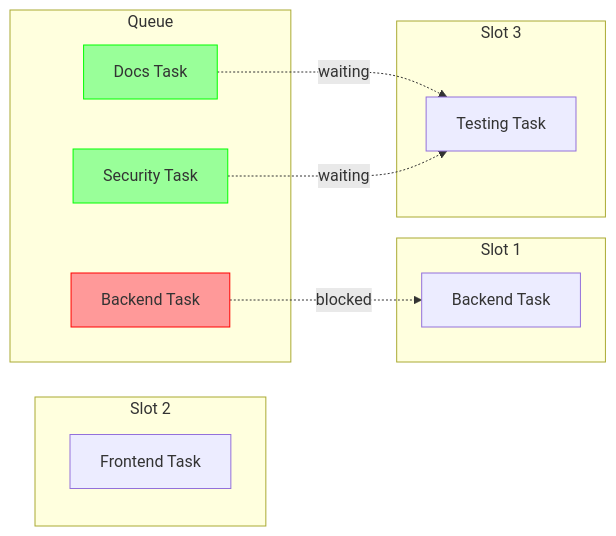
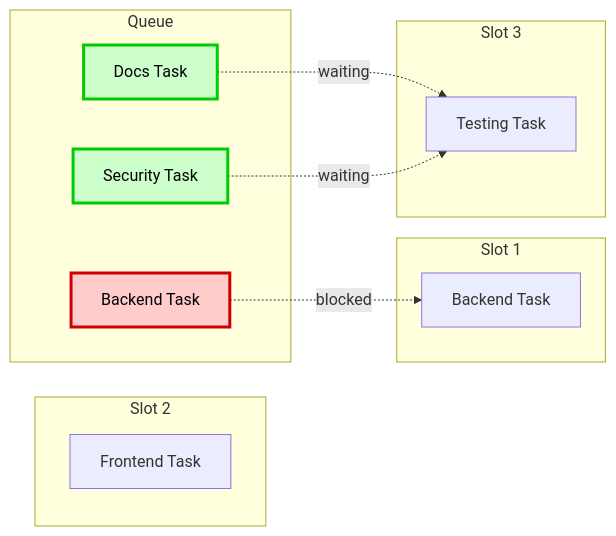
One commit to Venin-Client-Systems/autoissue changed the third of 4 diagrams in README.md. Above: the diagram before and after it, drawn with Mermaid. The commit also changed other lines of this file, not shown here.

Commit message:
docs: improve Mermaid diagram readability
- Change scheduler diagram: lighter fills with dark text and thick borders
- Change worktree diagram: stronger border contrast with black text
- Fix: light text on colored backgrounds is now readable
- All diagrams now use black text on light backgrounds

````diff
--- a/README.md
+++ b/README.md
@@ -143,21 +143,21 @@
 ```mermaid
 graph LR
     subgraph "Slot 1"
         A[Backend Task]
     end
     subgraph "Slot 2"
         B[Frontend Task]
     end
     subgraph "Slot 3"
         C[Testing Task]
     end
     subgraph "Queue"
         D[Backend Task] -.blocked.-> A
         E[Docs Task] -.waiting.-> C
         F[Security Task] -.waiting.-> C
     end
 
-    style D fill:#f99,stroke:#f00
-    style E fill:#9f9,stroke:#0f0
-    style F fill:#9f9,stroke:#0f0
+    style D fill:#ffcccc,stroke:#cc0000,stroke-width:3px,color:#000
+    style E fill:#ccffcc,stroke:#00cc00,stroke-width:3px,color:#000
+    style F fill:#ccffcc,stroke:#00cc00,stroke-width:3px,color:#000
 ```
````
